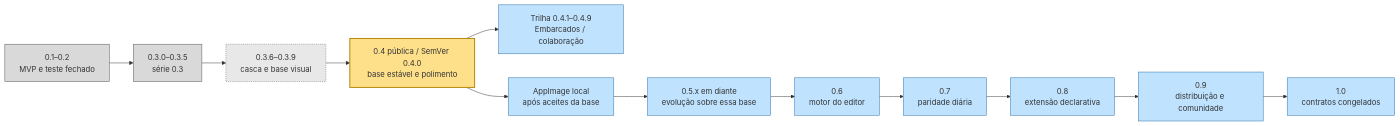
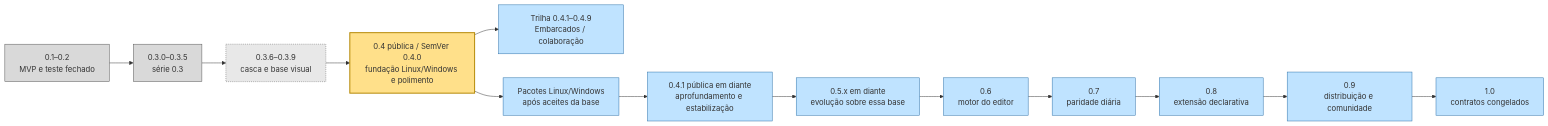
Before and after one commit to ViktorWalde/KineinVectis: the diagram in DocsPublic/roadmaps/57-mapa-de-versoes-ate-a-1.0.md, drawn with Mermaid. The commit also changed other lines of this file and 22 other files, not shown here.

````diff
--- a/DocsPublic/roadmaps/57-mapa-de-versoes-ate-a-1.0.md
+++ b/DocsPublic/roadmaps/57-mapa-de-versoes-ate-a-1.0.md
@@ -27,19 +27,20 @@
 ```mermaid
 flowchart LR
   v02["0.1–0.2<br/>MVP e teste fechado"]:::done --> v03["0.3.0–0.3.5<br/>série 0.3"]:::done
   v03 --> v036["0.3.6–0.3.9<br/>casca e base visual"]:::checkout
-  v036 --> v04["0.4 pública / SemVer 0.4.0<br/>base estável e polimento"]:::now
+  v036 --> v04["0.4 pública / SemVer 0.4.0<br/>fundação Linux/Windows e polimento"]:::now
   v04 --> embedded["Trilha 0.4.1–0.4.9<br/>Embarcados / colaboração"]:::planned
-  v04 --> package["AppImage local<br/>após aceites da base"]:::planned
-  package --> v05["0.5.x em diante<br/>evolução sobre essa base"]:::planned
+  v04 --> package["Pacotes Linux/Windows<br/>após aceites da base"]:::planned
+  package --> v041["0.4.1 pública em diante<br/>aprofundamento e estabilização"]:::planned
+  v041 --> v05["0.5.x em diante<br/>evolução sobre essa base"]:::planned
   v05 --> v06["0.6<br/>motor do editor"]:::planned
   v06 --> v07["0.7<br/>paridade diária"]:::planned
   v07 --> v08["0.8<br/>extensão declarativa"]:::planned
   v08 --> v09["0.9<br/>distribuição e comunidade"]:::planned
   v09 --> v10["1.0<br/>contratos congelados"]:::planned
   classDef done fill:#d9d9d9,stroke:#555
   classDef now fill:#ffe08a,stroke:#b38600,stroke-width:2px
   classDef planned fill:#bfe3ff,stroke:#2a6fa8
   classDef checkout fill:#e8e8e8,stroke:#666,stroke-dasharray:2 2
   classDef proposed fill:#ffffff,stroke:#888,stroke-dasharray:5 4
 ```
````
